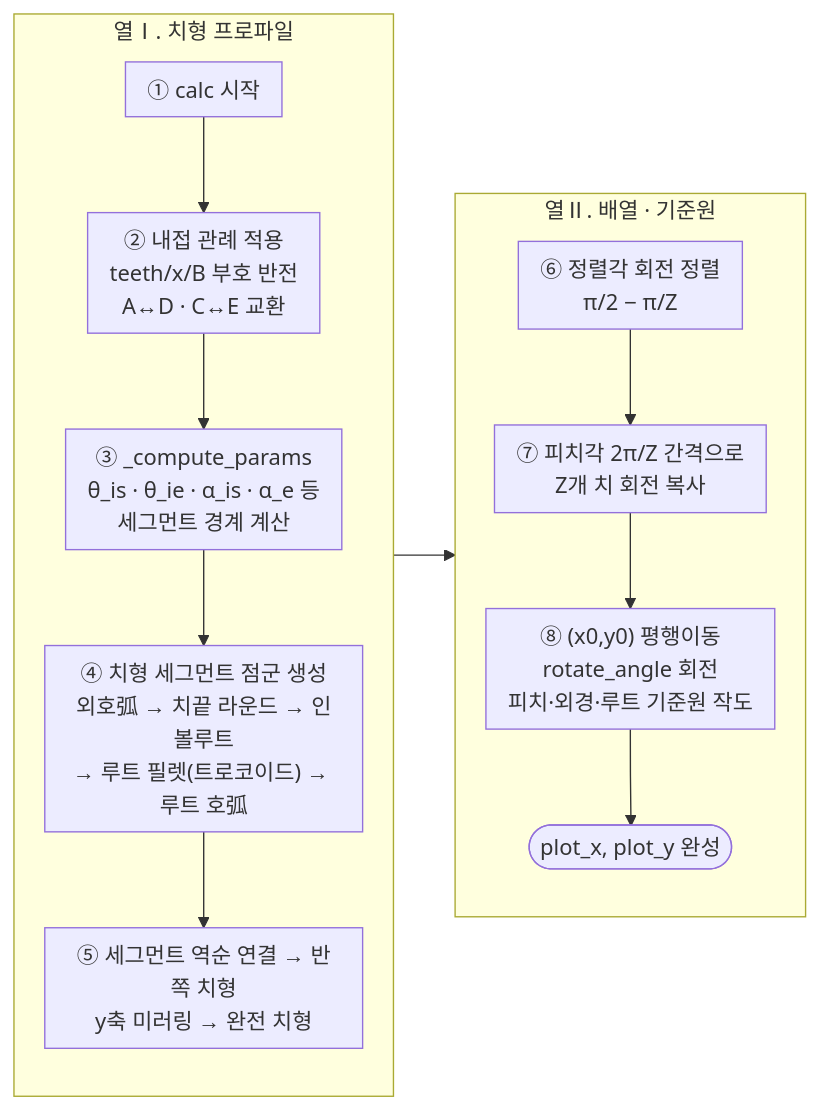
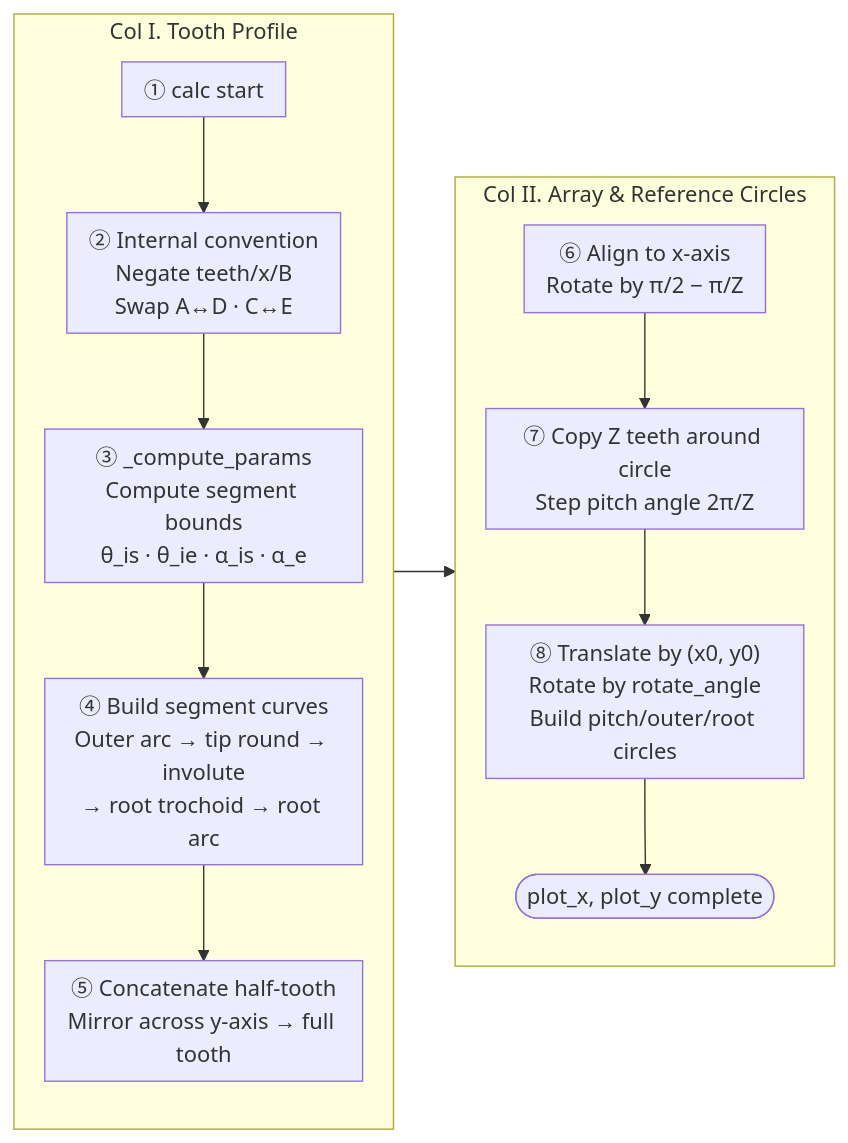
One commit to dymaxionkim/PGS changed the third of 3 diagrams in MANUAL.md. Above: the diagram before and after it, drawn with Mermaid. The commit also changed other lines of this file and 7 other files, not shown here.

````diff
--- a/MANUAL.md
+++ b/MANUAL.md
@@ -1099,20 +1091,20 @@
 ```mermaid
 %%{init: {"flowchart": {"nodeSpacing": 25, "rankSpacing": 45, "padding": 8}}}%%
 flowchart LR
-    subgraph COL1["열Ⅰ. 치형 프로파일"]
+    subgraph COL1["Col I. Tooth Profile"]
         direction TB
-        A["① calc 시작"] --> B["② 내접 관례 적용<br/>teeth/x/B 부호 반전<br/>A↔D · C↔E 교환"]
-        B --> C["③ _compute_params<br/>θ_is · θ_ie · α_is · α_e 등<br/>세그먼트 경계 계산"]
-        C --> D["④ 치형 세그먼트 점군 생성<br/>외호弧 → 치끝 라운드 → 인볼루트<br/>→ 루트 필렛(트로코이드) → 루트 호弧"]
-        D --> E["⑤ 세그먼트 역순 연결 → 반쪽 치형<br/>y축 미러링 → 완전 치형"]
+        A["① calc start"] --> B["② Internal convention<br/>Negate teeth/x/B<br/>Swap A↔D · C↔E"]
+        B --> C["③ _compute_params<br/>Compute segment bounds<br/>θ_is · θ_ie · α_is · α_e"]
+        C --> D["④ Build segment curves<br/>Outer arc → tip round → involute<br/>→ root trochoid → root arc"]
+        D --> E["⑤ Concatenate half-tooth<br/>Mirror across y-axis → full tooth"]
     end
 
-    subgraph COL2["열Ⅱ. 배열 · 기준원"]
+    subgraph COL2["Col II. Array & Reference Circles"]
         direction TB
-        F["⑥ 정렬각 회전 정렬<br/>π/2 − π/Z"] --> G["⑦ 피치각 2π/Z 간격으로<br/>Z개 치 회전 복사"]
-        G --> H["⑧ (x0,y0) 평행이동<br/>rotate_angle 회전<br/>피치·외경·루트 기준원 작도"]
-        H --> I(["plot_x, plot_y 완성"])
+        F["⑥ Align to x-axis<br/>Rotate by π/2 − π/Z"] --> G["⑦ Copy Z teeth around circle<br/>Step pitch angle 2π/Z"]
+        G --> H["⑧ Translate by (x0, y0)<br/>Rotate by rotate_angle<br/>Build pitch/outer/root circles"]
+        H --> I(["plot_x, plot_y complete"])
     end
 
     COL1 --> COL2
 ```
````
